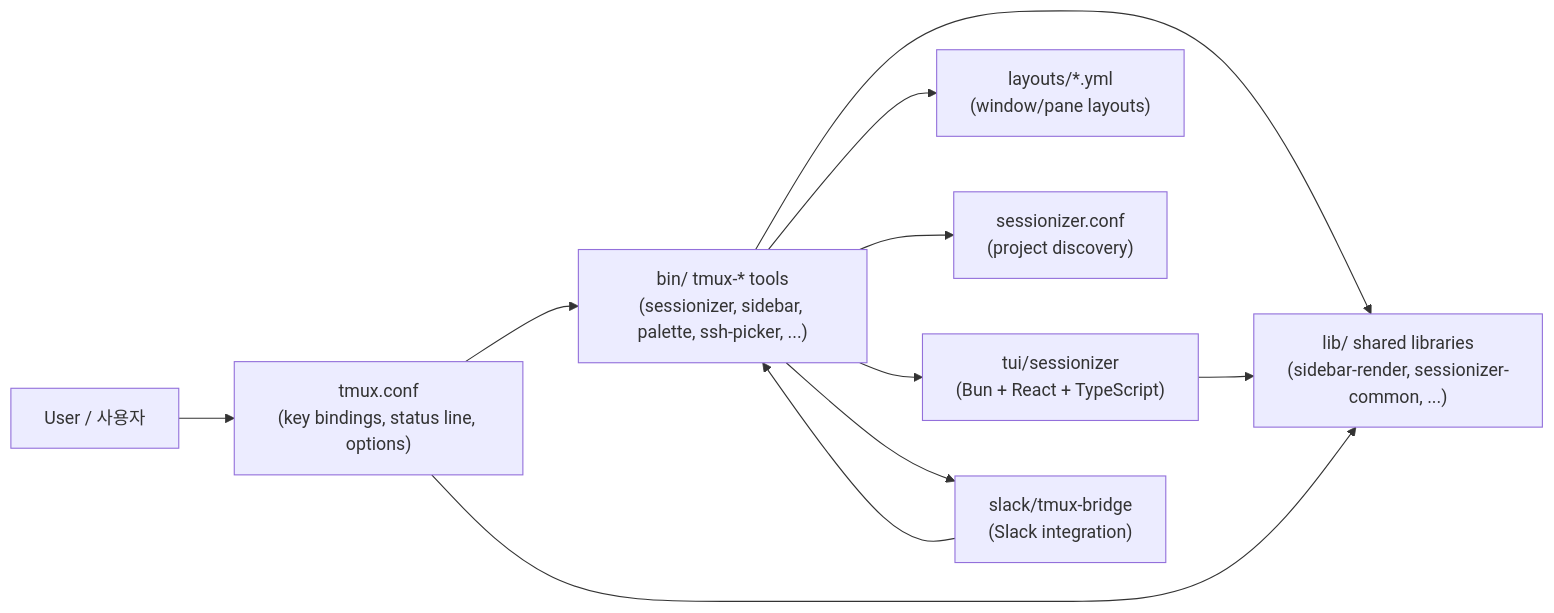
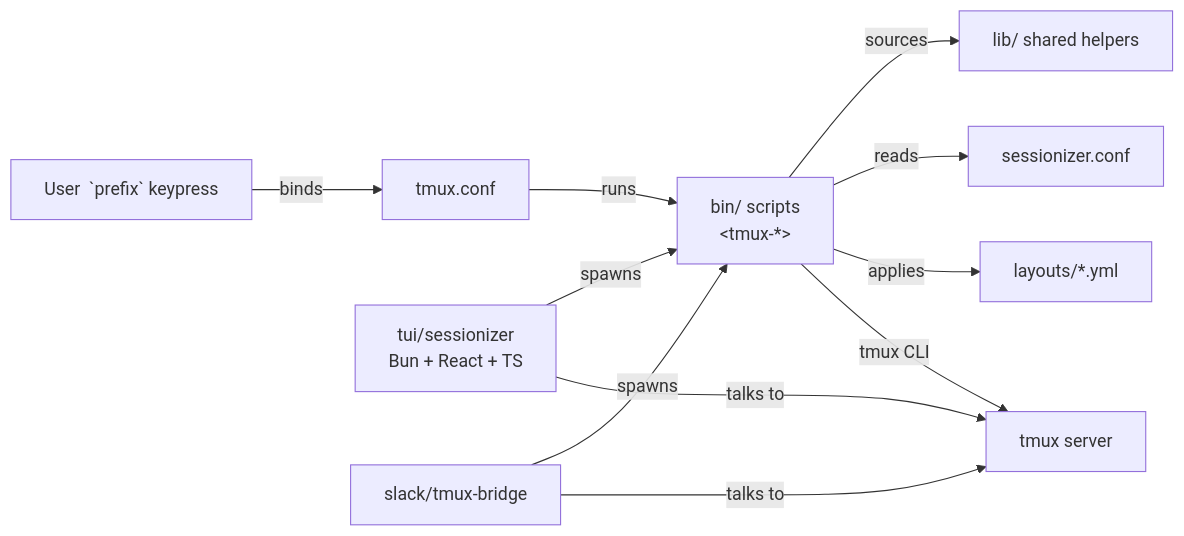
The diagram in README.md (jclee941/tmux), drawn with Mermaid before and after one commit. The commit also changed other lines of this file, not shown here.

````diff
--- a/README.md
+++ b/README.md
@@ -127,17 +93,23 @@
 ```mermaid
 flowchart LR
-  User["User / 사용자"] --> TMUXConf["tmux.conf<br/>(key bindings, status line, options)"]
+    User["User &nbsp;`prefix`&nbsp;keypress"]
+    TmuxConf["tmux.conf"]
+    Bin["bin/ scripts<br/>&lt;tmux-*&gt;"]
+    Lib["lib/ shared helpers"]
+    Conf["sessionizer.conf"]
+    Layouts["layouts/*.yml"]
+    TUI["tui/sessionizer<br/>Bun + React + TS"]
+    Slack["slack/tmux-bridge"]
+    Tmux["tmux server"]
 
-  TMUXConf --> BinLayer["bin/ tmux-* tools<br/>(sessionizer, sidebar, palette, ssh-picker, ...)"]
-  TMUXConf --> LibLayer["lib/ shared libraries<br/>(sidebar-render, sessionizer-common, ...)"]
-
-  BinLayer --> LibLayer
-  BinLayer --> Layouts["layouts/*.yml<br/>(window/pane layouts)"]
-  BinLayer --> SessionizerConf["sessionizer.conf<br/>(project discovery)"]
-
-  BinLayer --> TUI["tui/sessionizer<br/>(Bun + React + TypeScript)"]
-  BinLayer --> Bridge["slack/tmux-bridge<br/>(Slack integration)"]
-
-  TUI --> LibLayer
-  Bridge --> BinLayer
+    User -->|"binds"| TmuxConf
+    TmuxConf -->|"runs"| Bin
+    Bin -->|"sources"| Lib
+    Bin -->|"reads"| Conf
+    Bin -->|"applies"| Layouts
+    TUI -->|"spawns"| Bin
+    TUI -->|"talks to"| Tmux
+    Slack -->|"spawns"| Bin
+    Slack -->|"talks to"| Tmux
+    Bin -->|"tmux CLI"| Tmux
 ```
````
